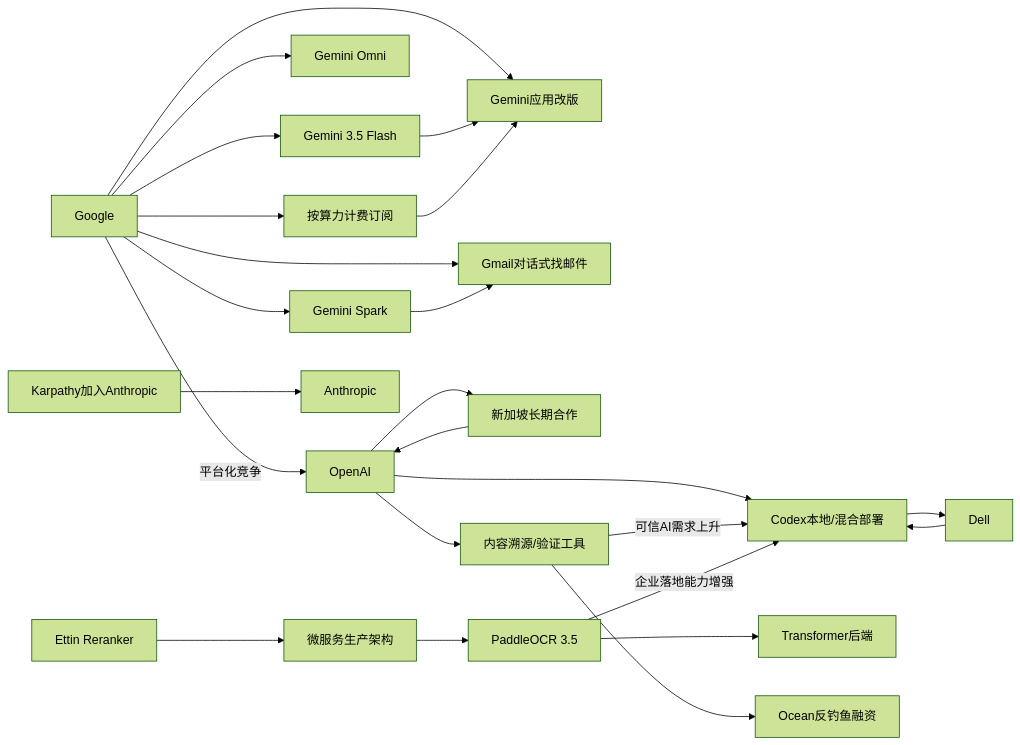
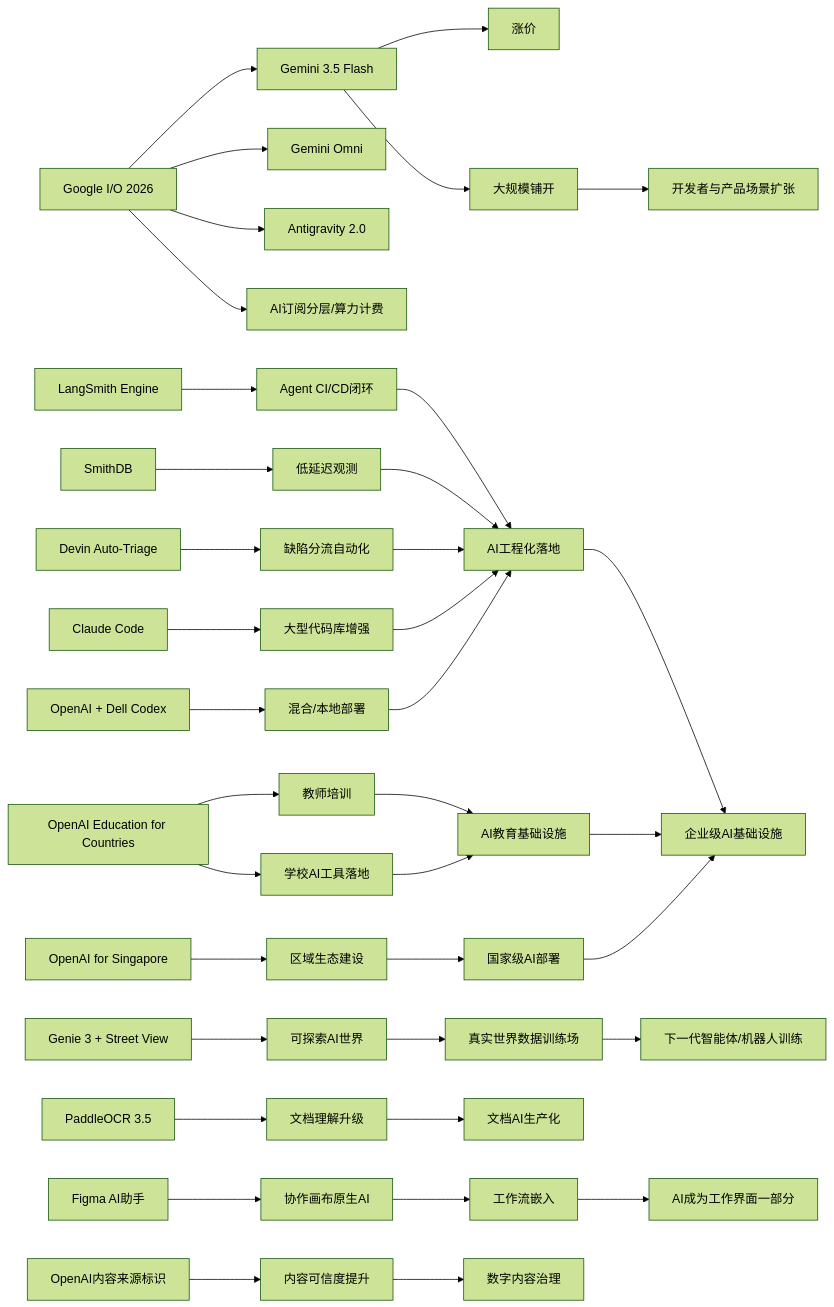
Before and after one commit to zhuxinfei/ai-daily-site: the diagram in content/cn/2026/2026-05/2026-05-20.md, drawn with Mermaid (forest theme). The commit also changed other lines of this file, not shown here.

````diff
--- a/content/cn/2026/2026-05/2026-05-20.md
+++ b/content/cn/2026/2026-05/2026-05-20.md
@@ -110,55 +110,44 @@
 ```mermaid
 graph LR
-    Google[Google]
-    Gemini35[Gemini 3.5 Flash]
-    Omni[Gemini Omni]
-    Spark[Gemini Spark]
-    GeminiApp[Gemini应用改版]
-    GmailAI[Gmail对话式找邮件]
-    Pricing[按算力计费订阅]
+    A[Google I/O 2026] --> B[Gemini 3.5 Flash]
+    A --> C[Gemini Omni]
+    A --> D[Antigravity 2.0]
+    A --> E[AI订阅分层/算力计费]
+    B --> F[涨价]
+    B --> G[大规模铺开]
+    G --> H[开发者与产品场景扩张]
 
-    OpenAI[OpenAI]
-    Singapore[新加坡长期合作]
-    Provenance[内容溯源/验证工具]
-    Dell[Dell]
-    Codex[Codex本地/混合部署]
+    I[LangSmith Engine] --> J[Agent CI/CD闭环]
+    K[SmithDB] --> L[低延迟观测]
+    M[Devin Auto-Triage] --> N[缺陷分流自动化]
+    O[Claude Code] --> P[大型代码库增强]
+    Q[OpenAI + Dell Codex] --> R[混合/本地部署]
+    J --> S[AI工程化落地]
+    L --> S
+    N --> S
+    P --> S
+    R --> S
 
-    PaddleOCR[PaddleOCR 3.5]
-    Transformer[Transformer后端]
-    Microservices[微服务生产架构]
-    Ettin[Ettin Reranker]
+    T[OpenAI Education for Countries] --> U[教师培训]
+    T --> V[学校AI工具落地]
+    W[OpenAI for Singapore] --> X[区域生态建设]
+    U --> Y[AI教育基础设施]
+    V --> Y
+    X --> Z[国家级AI部署]
 
-    Anthropic[Anthropic]
-    Karpathy[Karpathy加入Anthropic]
-    Ocean[Ocean反钓鱼融资]
+    AA[Genie 3 + Street View] --> AB[可探索AI世界]
+    AC[PaddleOCR 3.5] --> AD[文档理解升级]
+    AE[Figma AI助手] --> AF[协作画布原生AI]
+    AG[OpenAI内容来源标识] --> AH[内容可信度提升]
 
-    Google --> Gemini35
-    Google --> Omni
-    Google --> Spark
-    Google --> GeminiApp
-    Google --> GmailAI
-    Google --> Pricing
+    AB --> AI[真实世界数据训练场]
+    AD --> AJ[文档AI生产化]
+    AF --> AK[工作流嵌入]
+    AH --> AL[数字内容治理]
 
-    Gemini35 --> GeminiApp
-    Spark --> GmailAI
-    Pricing --> GeminiApp
-
-    OpenAI --> Singapore
-    OpenAI --> Provenance
-    OpenAI --> Codex
-    Dell --> Codex
-
-    PaddleOCR --> Transformer
-    Microservices --> PaddleOCR
-    Ettin --> Microservices
-
-    Provenance --> Ocean
-    Codex --> Dell
-    Singapore --> OpenAI
-
-    Karpathy --> Anthropic
-
-    Google -->|平台化竞争| OpenAI
-    Provenance -->|可信AI需求上升| Codex
-    PaddleOCR -->|企业落地能力增强| Codex
+    S --> AM[企业级AI基础设施]
+    Y --> AM
+    Z --> AM
+    AI --> AN[下一代智能体/机器人训练]
+    AK --> AO[AI成为工作界面一部分]
 ```
````
